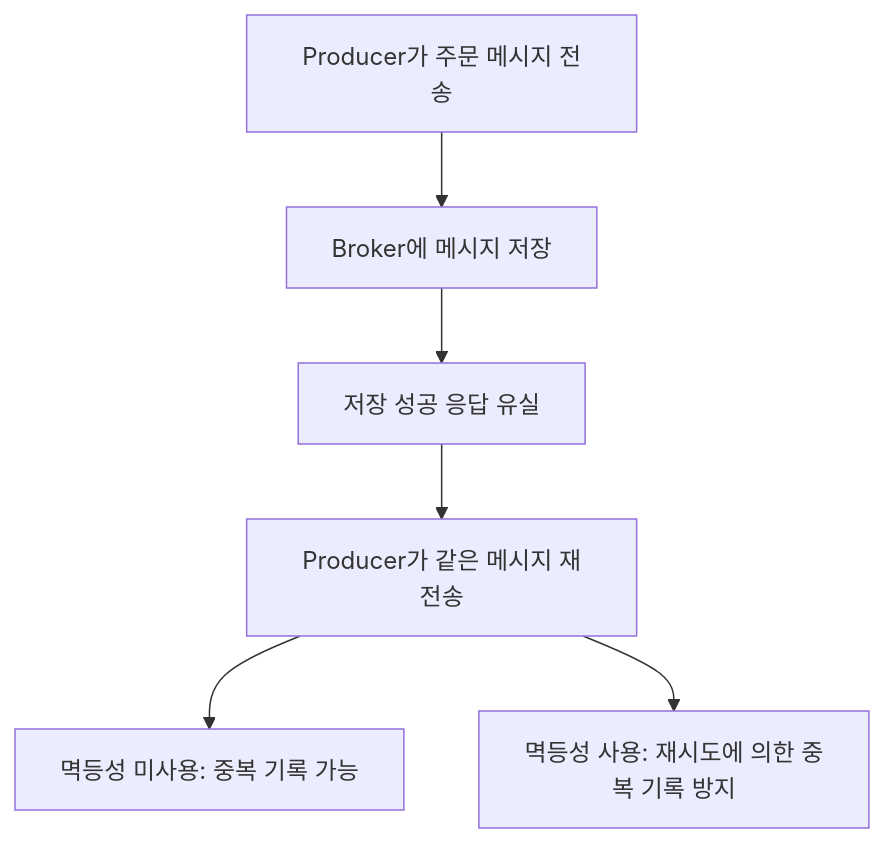
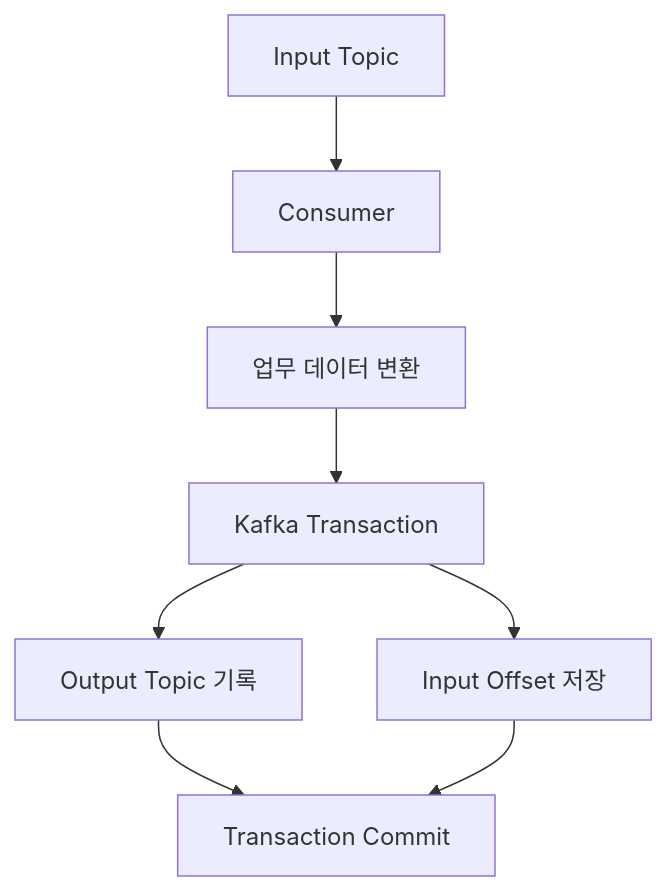
The eighth of 16 diagrams in _posts/study/smart-learning-ent/kafka-development-strategy-for-beginners/2026-10-27-doubling-your-use-of-kafka.md (ysiksik/ysiksik.github.io), drawn with Mermaid before and after one commit. The commit also changed other lines of this file and 7 other files, not shown here.

````diff
--- a/_posts/study/smart-learning-ent/kafka-development-strategy-for-beginners/2026-10-27-doubling-your-use-of-kafka.md
+++ b/_posts/study/smart-learning-ent/kafka-development-strategy-for-beginners/2026-10-27-doubling-your-use-of-kafka.md
@@ -47,8 +1142,26 @@
 ```mermaid
 flowchart TD
-    A["Producer가 주문 메시지 전송"] --> B["Broker에 메시지 저장"]
-    B --> C["저장 성공 응답 유실"]
-    C --> D["Producer가 같은 메시지 재전송"]
-    D --> E["멱등성 미사용: 중복 기록 가능"]
-    D --> F["멱등성 사용: 재시도에 의한 중복 기록 방지"]
+    A["Input Topic"]
+
+    B["Consumer"]
+
+    C["업무 데이터 변환"]
+
+    D["Kafka Transaction"]
+
+    E["Output Topic 기록"]
+
+    F["Input Offset 저장"]
+
+    G["Transaction Commit"]
+
+    A --> B
+    B --> C
+    C --> D
+
+    D --> E
+    D --> F
+
+    E --> G
+    F --> G
 ```
````
